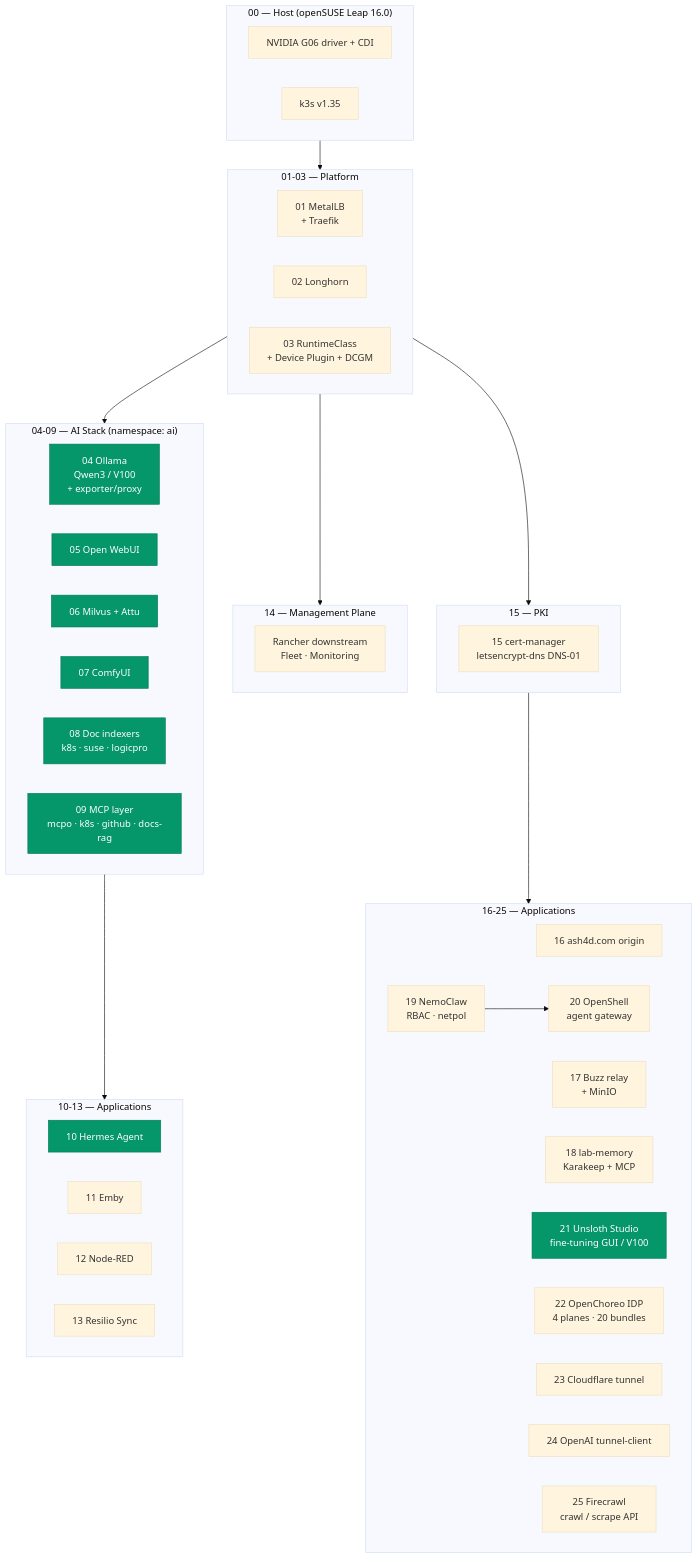
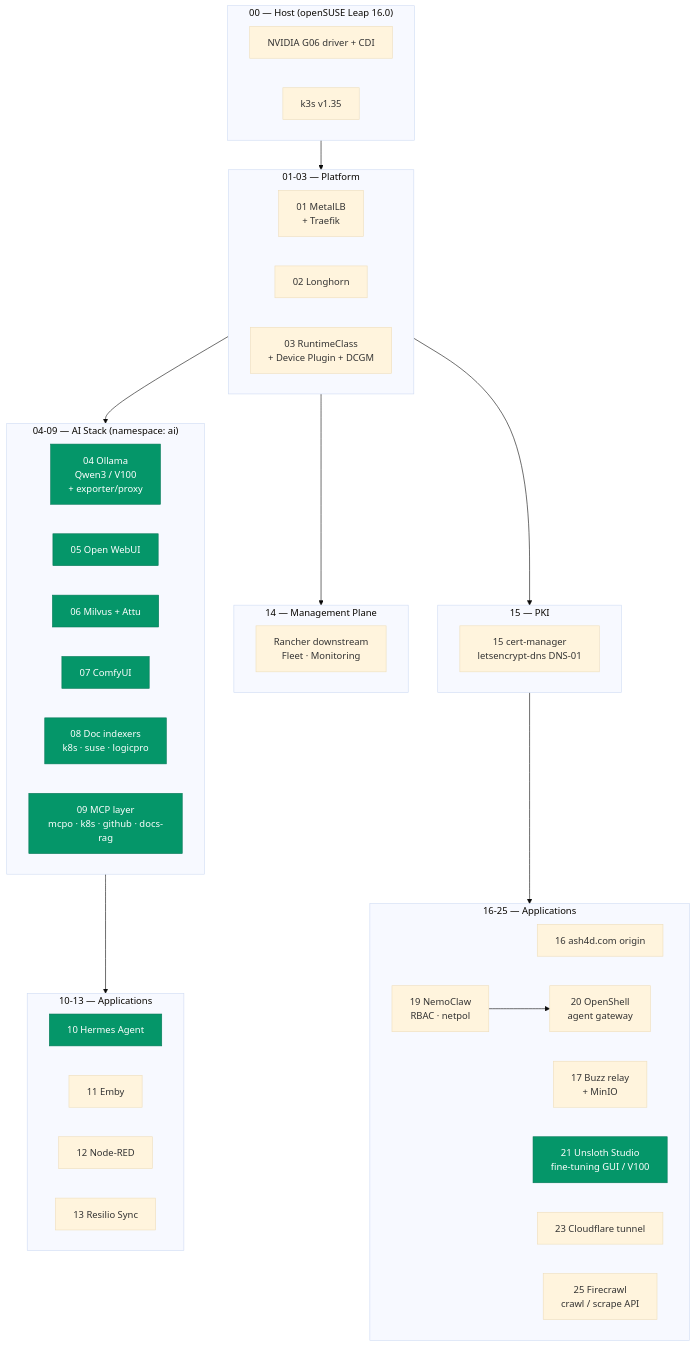
One commit to darthzen/lab-fleet changed the first of 2 diagrams in README.md. Above: the diagram before and after it, drawn with Mermaid (base theme). The commit also changed other lines of this file and 53 other files, not shown here.

First line of the commit message:
Remove the OpenChoreo and lab-memory bundles

````diff
--- a/README.md
+++ b/README.md
@@ -11,59 +11,56 @@
 ```mermaid
 flowchart TD
     subgraph host["00 — Host (openSUSE Leap 16.0)"]
         DRIVER[NVIDIA G06 driver + CDI]
         K3S[k3s v1.35]
     end
 
     subgraph platform["01-03 — Platform"]
         METALLB[01 MetalLB<br/>+ Traefik]
         LONGHORN[02 Longhorn]
         GPU[03 RuntimeClass<br/>+ Device Plugin + DCGM]
     end
 
     subgraph ai["04-09 — AI Stack (namespace: ai)"]
         OLLAMA[04 Ollama<br/>Qwen3 / V100<br/>+ exporter/proxy]
         OWUI[05 Open WebUI]
         MILVUS[06 Milvus + Attu]
         COMFY[07 ComfyUI]
         INDEXER[08 Doc indexers<br/>k8s · suse · logicpro]
         MCP[09 MCP layer<br/>mcpo · k8s · github · docs-rag]
     end
 
     subgraph apps["10-13 — Applications"]
         HERMES[10 Hermes Agent]
         EMBY[11 Emby]
         NODERED[12 Node-RED]
         RESILIO[13 Resilio Sync]
     end
 
     subgraph mgmt["14 — Management Plane"]
         RANCHER[Rancher downstream<br/>Fleet · Monitoring]
     end
 
     subgraph pki["15 — PKI"]
         CERTMGR[15 cert-manager<br/>letsencrypt-dns DNS-01]
     end
 
     subgraph more["16-25 — Applications"]
         ORIGIN[16 ash4d.com origin]
         BUZZ[17 Buzz relay<br/>+ MinIO]
-        MEMORY[18 lab-memory<br/>Karakeep + MCP]
         NEMO[19 NemoClaw<br/>RBAC · netpol]
         OPENSHELL[20 OpenShell<br/>agent gateway]
         UNSLOTH[21 Unsloth Studio<br/>fine-tuning GUI / V100]
-        CHOREO[22 OpenChoreo IDP<br/>4 planes · 20 bundles]
         CFTUNNEL[23 Cloudflare tunnel]
-        OAITUNNEL[24 OpenAI tunnel-client]
         FIRECRAWL[25 Firecrawl<br/>crawl / scrape API]
     end
 
     host --> platform --> ai --> apps
     platform --> mgmt
     platform --> pki
     pki --> more
     NEMO --> OPENSHELL
 
     classDef ai_c fill:#059669,stroke:#047857,color:#fff
     class OLLAMA,OWUI,MILVUS,COMFY,INDEXER,MCP,HERMES,UNSLOTH ai_c
 ```
````
